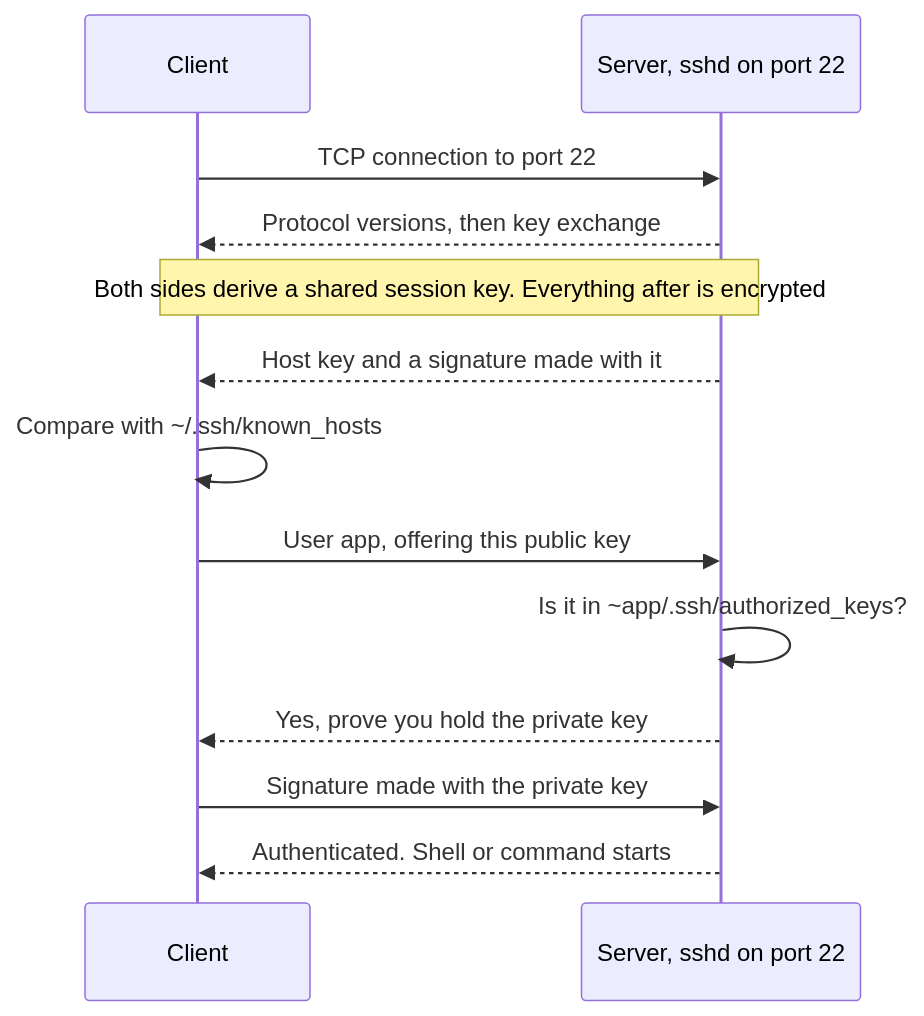
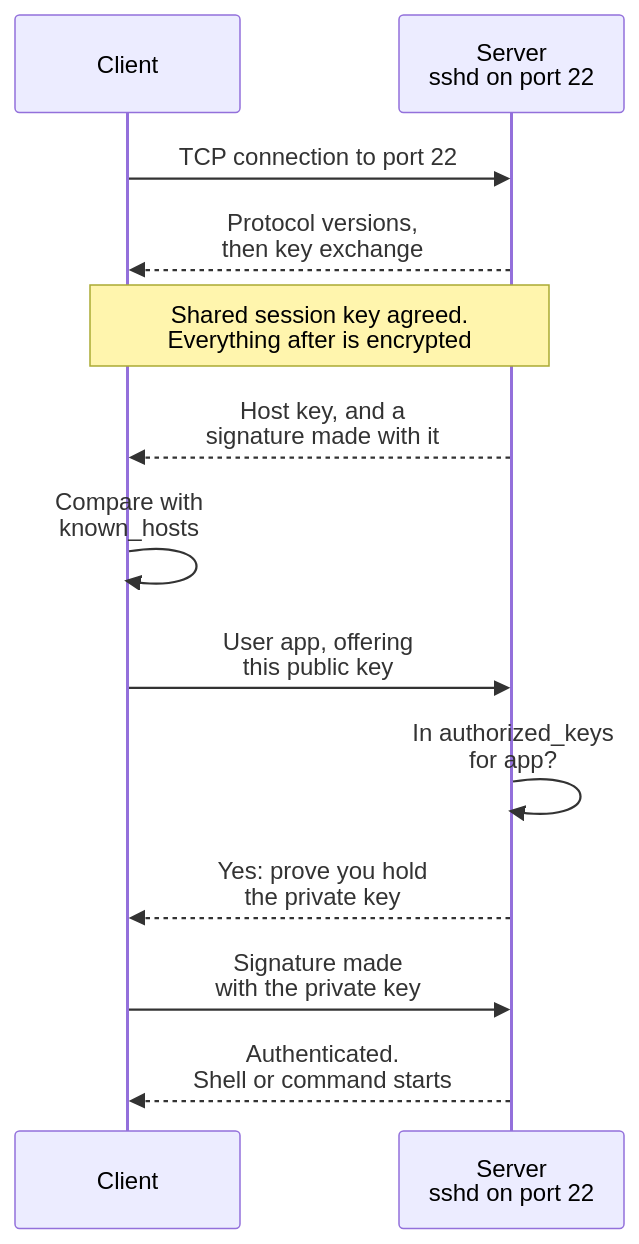
The first of 2 diagrams in docs/linux/ssh.md (alfinwilliam/devops-notes), drawn with Mermaid before and after one commit. The commit also changed other lines of this file and 17 other files, not shown here.

First line of the commit message:
diagrams: fix every diagram that was shrunk below readable size

````diff
--- a/docs/linux/ssh.md
+++ b/docs/linux/ssh.md
@@ -26,15 +26,15 @@
 ```mermaid
 sequenceDiagram
     participant C as Client
-    participant S as Server, sshd on port 22
+    participant S as Server<br/>sshd on port 22
     C->>S: TCP connection to port 22
-    S-->>C: Protocol versions, then key exchange
-    Note over C,S: Both sides derive a shared session key. Everything after is encrypted
-    S-->>C: Host key and a signature made with it
-    C->>C: Compare with ~/.ssh/known_hosts
-    C->>S: User app, offering this public key
-    S->>S: Is it in ~app/.ssh/authorized_keys?
-    S-->>C: Yes, prove you hold the private key
-    C->>S: Signature made with the private key
-    S-->>C: Authenticated. Shell or command starts
+    S-->>C: Protocol versions,<br/>then key exchange
+    Note over C,S: Shared session key agreed.<br/>Everything after is encrypted
+    S-->>C: Host key, and a<br/>signature made with it
+    C->>C: Compare with<br/>known_hosts
+    C->>S: User app, offering<br/>this public key
+    S->>S: In authorized_keys<br/>for app?
+    S-->>C: Yes: prove you hold<br/>the private key
+    C->>S: Signature made<br/>with the private key
+    S-->>C: Authenticated.<br/>Shell or command starts
 ```
````
